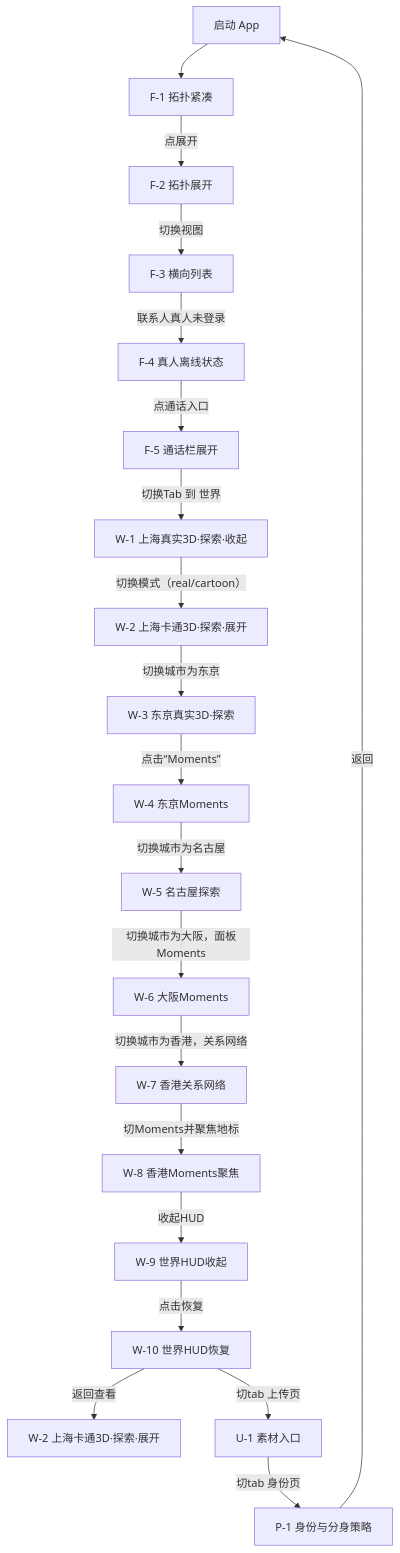
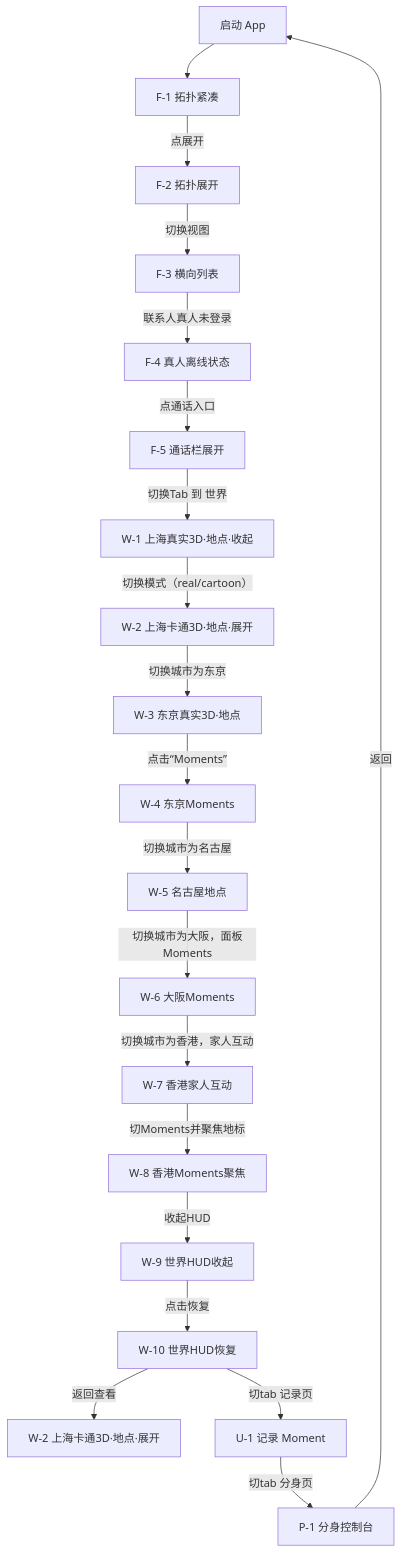
Before and after one commit to yaogenum/auto_generate_image: the diagram in artifacts/screenshot-qa-pass.md, drawn with Mermaid. The commit also changed other lines of this file and 174 other files, not shown here.

````diff
--- a/artifacts/screenshot-qa-pass.md
+++ b/artifacts/screenshot-qa-pass.md
@@ -66,25 +71,25 @@
 ```mermaid
 flowchart TD
     A[启动 App] --> B[F-1 拓扑紧凑]
     B -->|点展开| C[F-2 拓扑展开]
     C -->|切换视图| D[F-3 横向列表]
     D -->|联系人真人未登录| D2[F-4 真人离线状态]
     D2 -->|点通话入口| D3[F-5 通话栏展开]
 
-    D3 -->|切换Tab 到 世界| E[W-1 上海真实3D·探索·收起]
-    E -->|切换模式（real/cartoon）| F[W-2 上海卡通3D·探索·展开]
-    F -->|切换城市为东京| G[W-3 东京真实3D·探索]
+    D3 -->|切换Tab 到 世界| E[W-1 上海真实3D·地点·收起]
+    E -->|切换模式（real/cartoon）| F[W-2 上海卡通3D·地点·展开]
+    F -->|切换城市为东京| G[W-3 东京真实3D·地点]
     G -->|点击“Moments”| H[W-4 东京Moments]
-    H -->|切换城市为名古屋| I[W-5 名古屋探索]
+    H -->|切换城市为名古屋| I[W-5 名古屋地点]
     I -->|切换城市为大阪，面板Moments| J[W-6 大阪Moments]
-    J -->|切换城市为香港，关系网络| K[W-7 香港关系网络]
+    J -->|切换城市为香港，家人互动| K[W-7 香港家人互动]
     K -->|切Moments并聚焦地标| L[W-8 香港Moments聚焦]
     L -->|收起HUD| M[W-9 世界HUD收起]
     M -->|点击恢复| N[W-10 世界HUD恢复]
 
-    N -->|返回查看| W-2[W-2 上海卡通3D·探索·展开]
+    N -->|返回查看| W-2[W-2 上海卡通3D·地点·展开]
 
-    N -->|切tab 上传页| O[U-1 素材入口]
-    O -->|切tab 身份页| P[P-1 身份与分身策略]
+    N -->|切tab 记录页| O[U-1 记录 Moment]
+    O -->|切tab 分身页| P[P-1 分身控制台]
     P -->|返回| A
 ```
````
